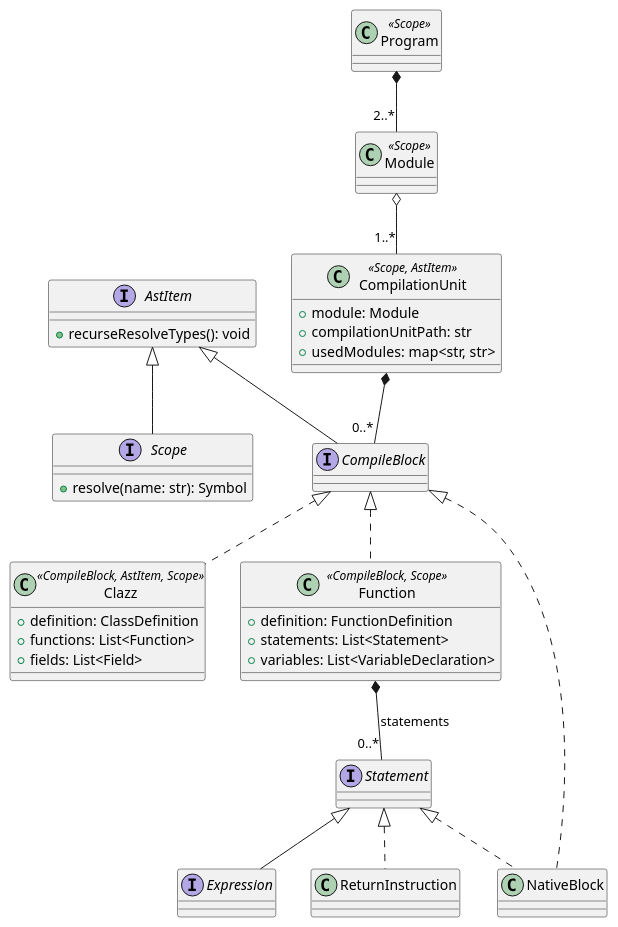
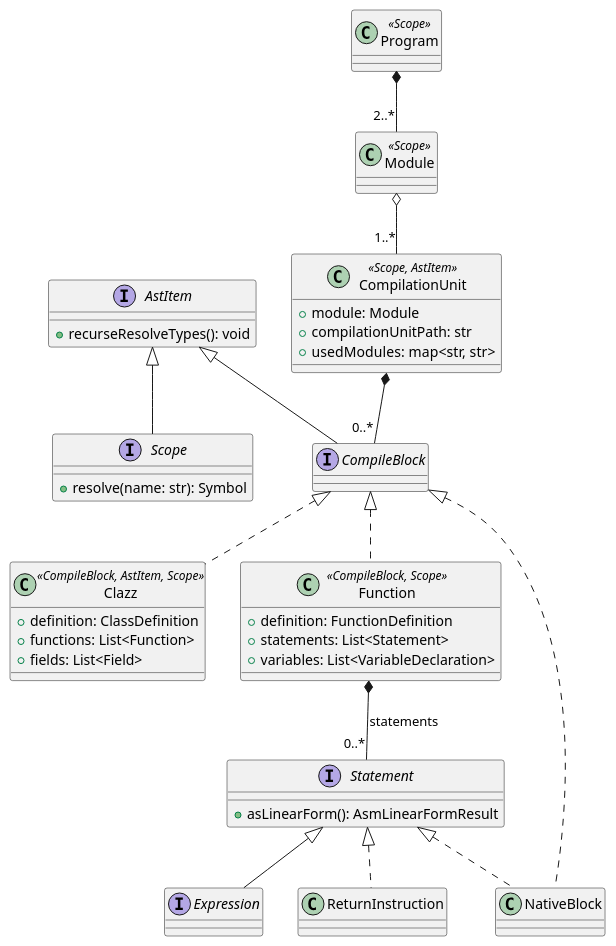
One commit to caffc/caffc changed the second of 5 diagrams in compiler.md. Above: the diagram before and after it, drawn with PlantUML. The commit also changed other lines of this file and 4 other files, not shown here.

````diff
--- a/compiler.md
+++ b/compiler.md
@@ -108,50 +127,54 @@
 ```plantuml
 interface AstItem {
   + recurseResolveTypes(): void
 }
 
 interface CompileBlock extends AstItem {
 }
 
 interface Scope extends AstItem {
   + resolve(name: str): Symbol
 }
 
 class CompilationUnit <<Scope, AstItem>> {
   + module: Module
   + compilationUnitPath: str
   + usedModules: map<str, str>
 }
 
 class Clazz <<CompileBlock, AstItem, Scope>> implements CompileBlock {
   + definition: ClassDefinition
   + functions: List<Function>
   + fields: List<Field>
 }
 
 class Function <<CompileBlock, Scope>> implements CompileBlock {
   + definition: FunctionDefinition
   + statements: List<Statement>
   + variables: List<VariableDeclaration>
 }
 
 class NativeBlock implements CompileBlock, Statement {
 }
 
 class Module <<Scope>> {
 }
 
 class Program <<Scope>> {
 }
 
 interface Expression extends Statement {
 } 
 
 class ReturnInstruction implements Statement {
 }
 
+interface Statement {
+  + asLinearForm(): AsmLinearFormResult
+}
+
 Function *-- "0..*" Statement: statements
 Program *-- "2..*" Module
 Module o-- "1..*" CompilationUnit
 CompilationUnit *-- "0..*" CompileBlock
 ```
````
